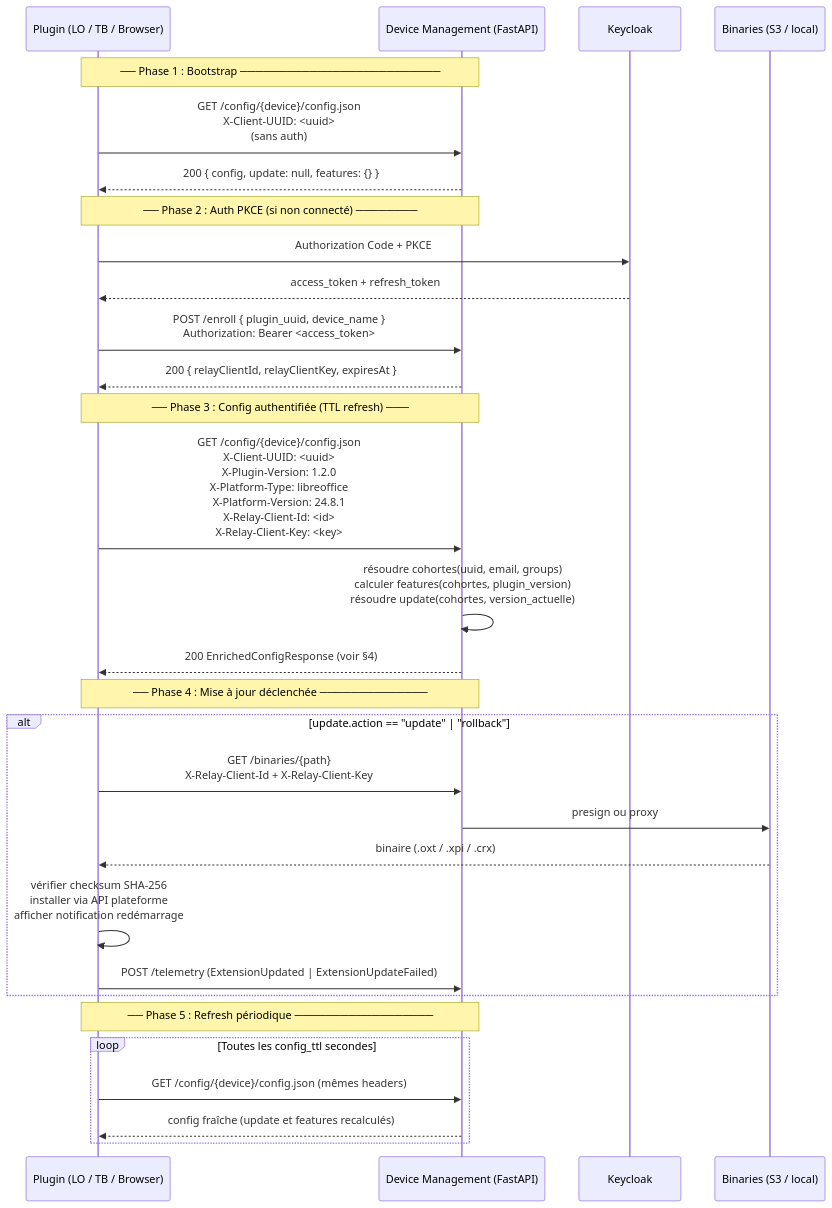
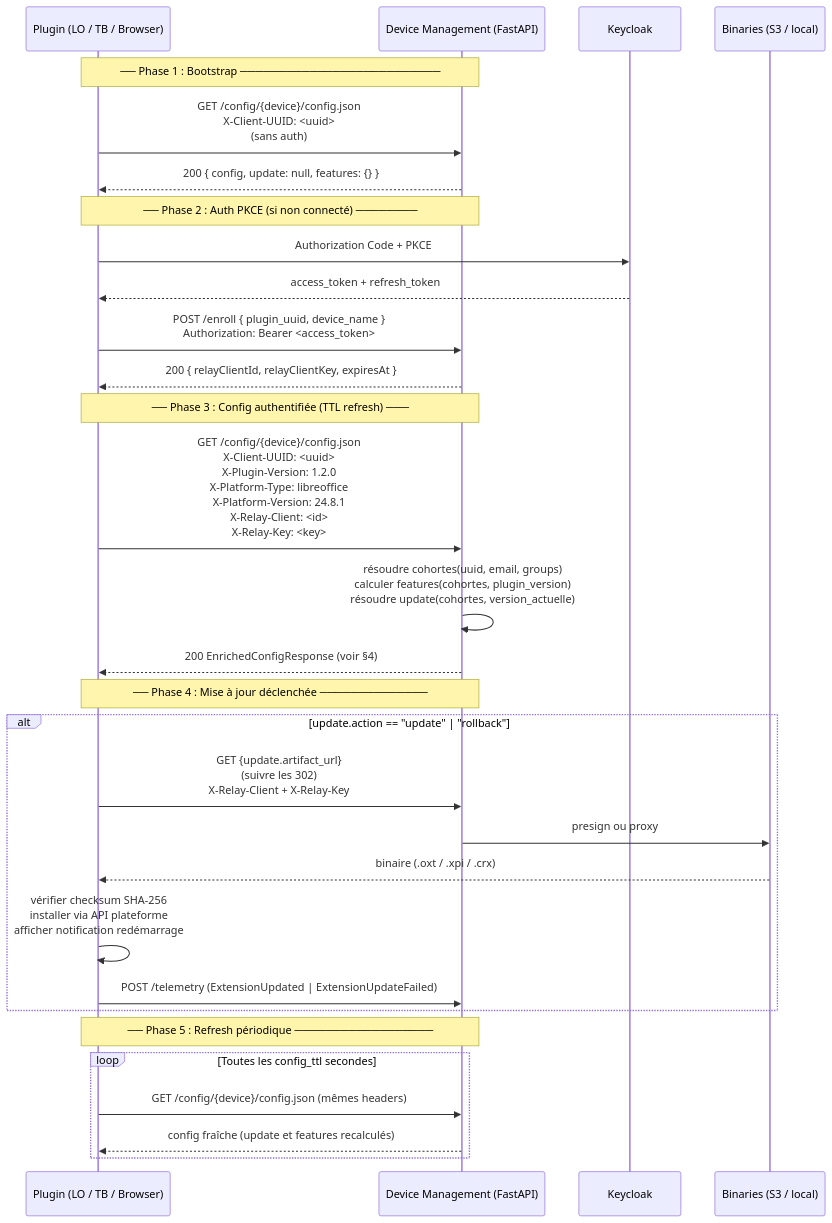
One commit to IA-Generative/device-management changed the first of 6 diagrams in docs/plugin-developer/plugin-dm-protocol-update-features.md. Above: the diagram before and after it, drawn with Mermaid. The commit also changed other lines of this file and 9 other files, not shown here.

````diff
--- a/docs/plugin-developer/plugin-dm-protocol-update-features.md
+++ b/docs/plugin-developer/plugin-dm-protocol-update-features.md
@@ -10,37 +44,37 @@
 ```mermaid
 sequenceDiagram
     participant P  as Plugin (LO / TB / Browser)
     participant DM as Device Management (FastAPI)
     participant KC as Keycloak
     participant S3 as Binaries (S3 / local)
 
     Note over P,DM: ── Phase 1 : Bootstrap ──────────────────────────
     P->>DM: GET /config/{device}/config.json<br/>X-Client-UUID: <uuid><br/>(sans auth)
     DM-->>P: 200 { config, update: null, features: {} }
 
     Note over P,DM: ── Phase 2 : Auth PKCE (si non connecté) ────────
     P->>KC: Authorization Code + PKCE
     KC-->>P: access_token + refresh_token
     P->>DM: POST /enroll  { plugin_uuid, device_name }<br/>Authorization: Bearer <access_token>
     DM-->>P: 200 { relayClientId, relayClientKey, expiresAt }
 
     Note over P,DM: ── Phase 3 : Config authentifiée (TTL refresh) ───
-    P->>DM: GET /config/{device}/config.json<br/>X-Client-UUID: <uuid><br/>X-Plugin-Version: 1.2.0<br/>X-Platform-Type: libreoffice<br/>X-Platform-Version: 24.8.1<br/>X-Relay-Client-Id: <id><br/>X-Relay-Client-Key: <key>
+    P->>DM: GET /config/{device}/config.json<br/>X-Client-UUID: <uuid><br/>X-Plugin-Version: 1.2.0<br/>X-Platform-Type: libreoffice<br/>X-Platform-Version: 24.8.1<br/>X-Relay-Client: <id><br/>X-Relay-Key: <key>
     DM->>DM: résoudre cohortes(uuid, email, groups)<br/>calculer features(cohortes, plugin_version)<br/>résoudre update(cohortes, version_actuelle)
     DM-->>P: 200 EnrichedConfigResponse (voir §4)
 
     Note over P,DM: ── Phase 4 : Mise à jour déclenchée ──────────────
     alt update.action == "update" | "rollback"
-        P->>DM: GET /binaries/{path}<br/>X-Relay-Client-Id + X-Relay-Client-Key
+        P->>DM: GET {update.artifact_url}<br/>(suivre les 302)<br/>X-Relay-Client + X-Relay-Key
         DM->>S3: presign ou proxy
         S3-->>P: binaire (.oxt / .xpi / .crx)
         P->>P: vérifier checksum SHA-256<br/>installer via API plateforme<br/>afficher notification redémarrage
         P->>DM: POST /telemetry (ExtensionUpdated | ExtensionUpdateFailed)
     end
 
     Note over P,DM: ── Phase 5 : Refresh périodique ──────────────────
     loop Toutes les config_ttl secondes
         P->>DM: GET /config/{device}/config.json (mêmes headers)
         DM-->>P: config fraîche (update et features recalculés)
     end
 ```
````
